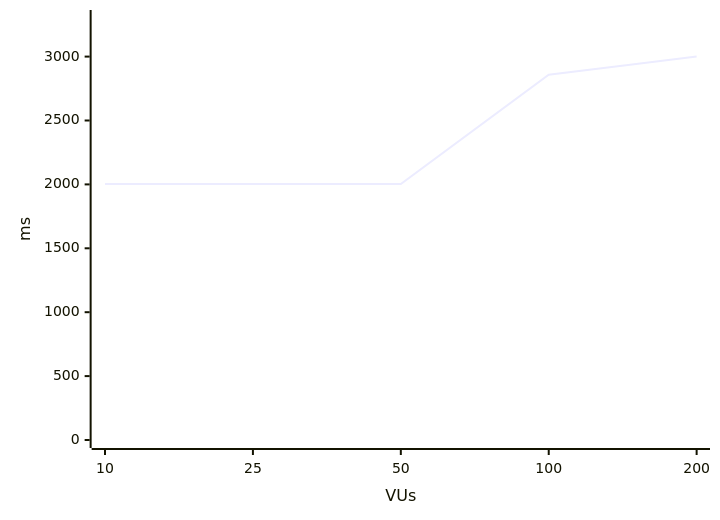
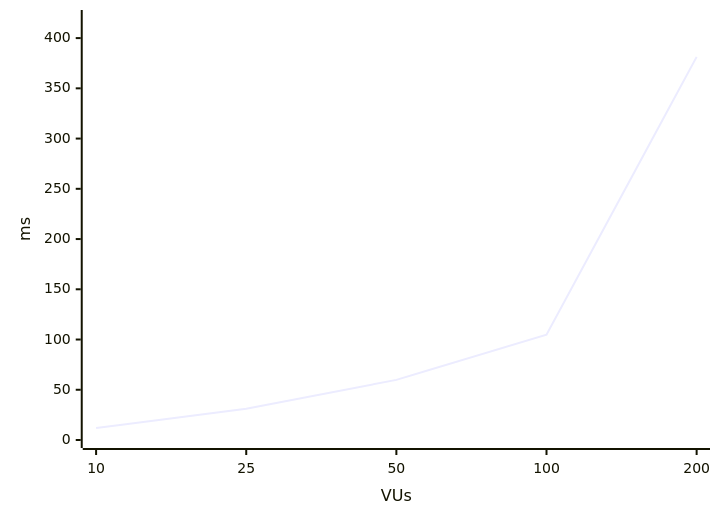
The fourth of 4 diagrams in docs/lab5-read.md (LYarmoliuk/OnlineTesting), drawn with Mermaid before and after one commit. The commit also changed other lines of this file and 52 other files, not shown here.

````diff
--- a/docs/lab5-read.md
+++ b/docs/lab5-read.md
@@ -47,6 +47,6 @@
 ```mermaid
 xychart-beta
   x-axis VUs [10, 25, 50, 100, 200]
-  y-axis ms 0 --> 3302
-  line [2003.75, 2003.1, 2002.78, 2858.58, 3001.29]
+  y-axis ms 0 --> 420
+  line [11.97, 31.2, 59.85, 104.83, 381.31]
 ```
````
